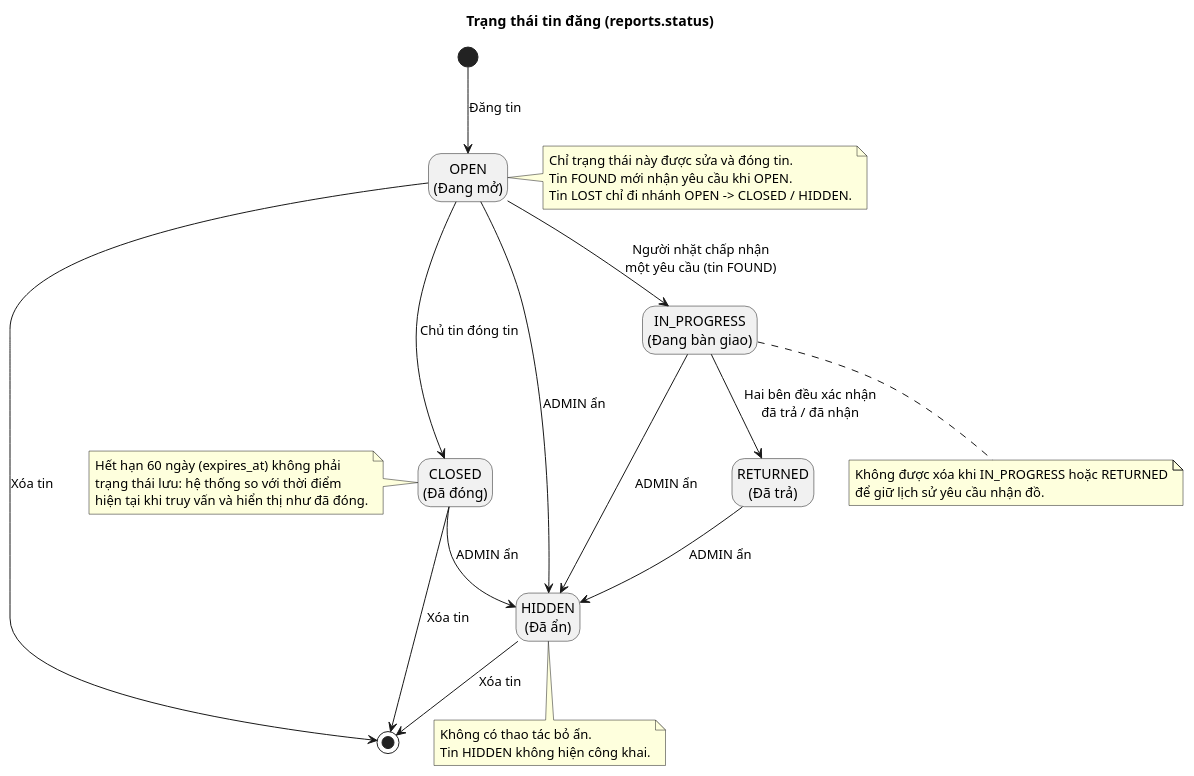
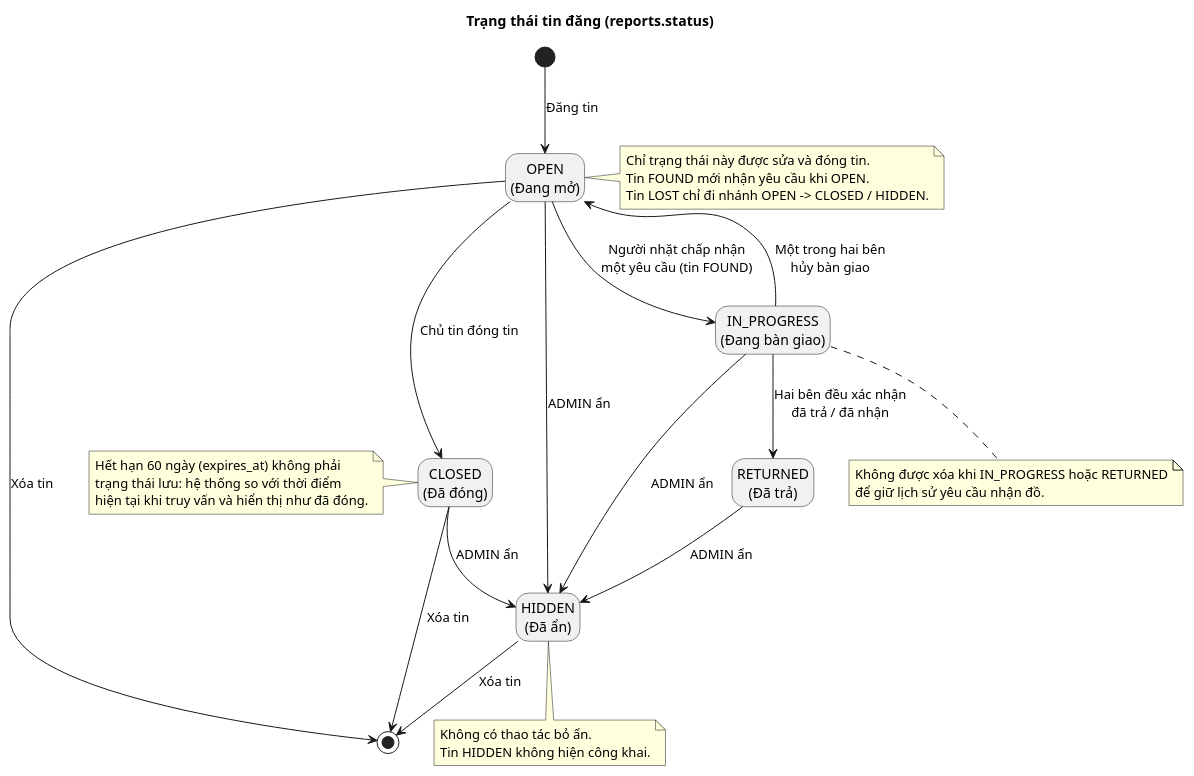
Before and after one commit to JohnnyPhan1712/unifound: the diagram in docs/02_reports/assets/state_diagram_report.puml, drawn with PlantUML. The commit also changed 16 other files, not shown here.

```diff
--- a/docs/02_reports/assets/state_diagram_report.puml
+++ b/docs/02_reports/assets/state_diagram_report.puml
@@ -1,50 +1,51 @@
 @startuml UniFoundReportState
 skinparam shadowing false
 skinparam defaultFontName Arial
 hide empty description
 
 title Trạng thái tin đăng (reports.status)
 
 [*] --> OPEN : Đăng tin
 
 state "OPEN\n(Đang mở)" as OPEN
 state "IN_PROGRESS\n(Đang bàn giao)" as IN_PROGRESS
 state "RETURNED\n(Đã trả)" as RETURNED
 state "CLOSED\n(Đã đóng)" as CLOSED
 state "HIDDEN\n(Đã ẩn)" as HIDDEN
 
 OPEN --> IN_PROGRESS : Người nhặt chấp nhận\nmột yêu cầu (tin FOUND)
 IN_PROGRESS --> RETURNED : Hai bên đều xác nhận\nđã trả / đã nhận
+IN_PROGRESS --> OPEN : Một trong hai bên\nhủy bàn giao
 OPEN --> CLOSED : Chủ tin đóng tin
 
 OPEN --> HIDDEN : ADMIN ẩn
 IN_PROGRESS --> HIDDEN : ADMIN ẩn
 RETURNED --> HIDDEN : ADMIN ẩn
 CLOSED --> HIDDEN : ADMIN ẩn
 
 OPEN --> [*] : Xóa tin
 CLOSED --> [*] : Xóa tin
 HIDDEN --> [*] : Xóa tin
 
 note right of OPEN
   Chỉ trạng thái này được sửa và đóng tin.
   Tin FOUND mới nhận yêu cầu khi OPEN.
   Tin LOST chỉ đi nhánh OPEN -> CLOSED / HIDDEN.
 end note
 
 note bottom of IN_PROGRESS
   Không được xóa khi IN_PROGRESS hoặc RETURNED
   để giữ lịch sử yêu cầu nhận đồ.
 end note
 
 note bottom of HIDDEN
   Không có thao tác bỏ ẩn.
   Tin HIDDEN không hiện công khai.
 end note
 
 note left of CLOSED
   Hết hạn 60 ngày (expires_at) không phải
   trạng thái lưu: hệ thống so với thời điểm
   hiện tại khi truy vấn và hiển thị như đã đóng.
 end note
 @enduml
```
